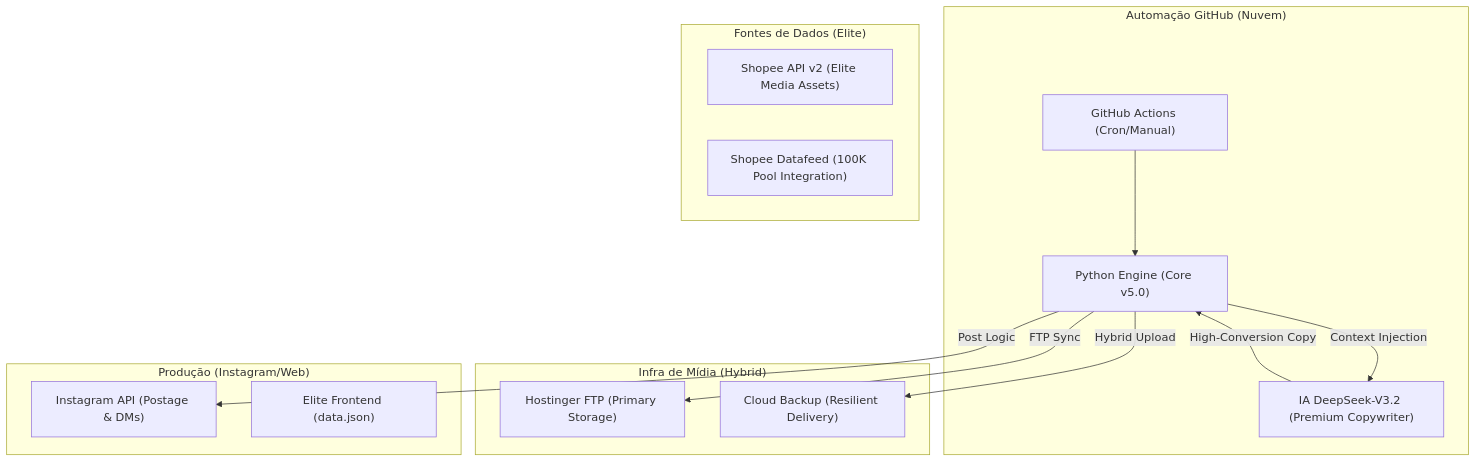
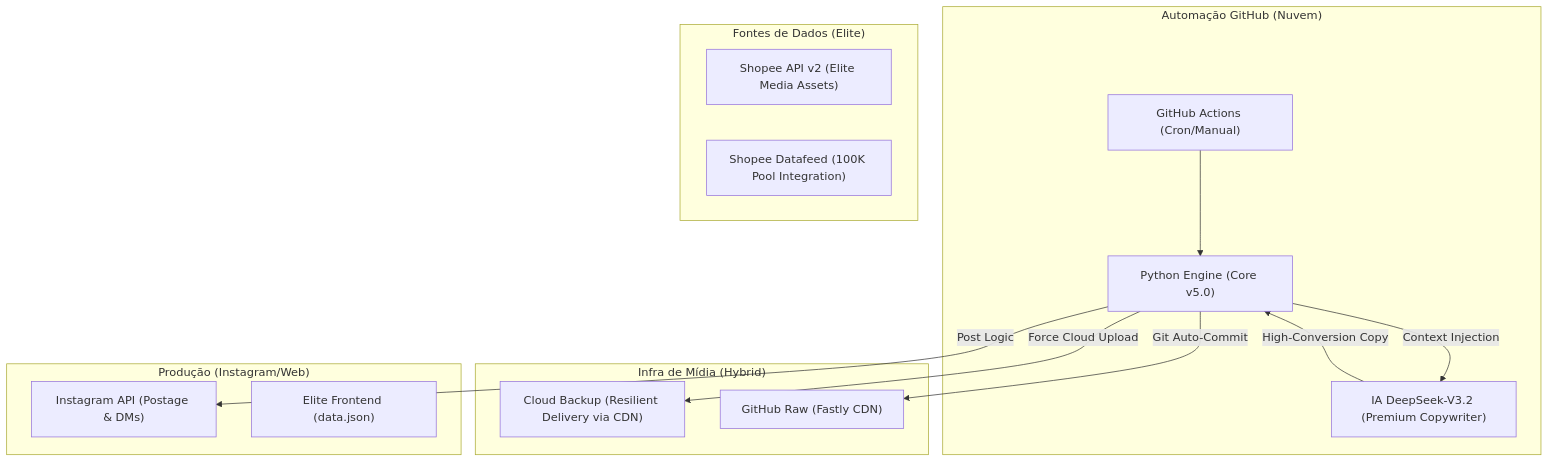
One commit to EricMacedo10/Rob-Titanium changed the diagram in docs/TITANIUM_BRAIN/00_SYSTEM_ARCHITECTURE.md. Above: the diagram before and after it, drawn with Mermaid. The commit also changed other lines of this file and 3 other files, not shown here.

Commit message:
docs: atualiza documentação refletindo a extinção do FTP para o ofertas.json em prol do GitHub Raw CDN

````diff
--- a/docs/TITANIUM_BRAIN/00_SYSTEM_ARCHITECTURE.md
+++ b/docs/TITANIUM_BRAIN/00_SYSTEM_ARCHITECTURE.md
@@ -26,30 +26,30 @@
 ```mermaid
 graph TD
     subgraph "Automação GitHub (Nuvem)"
         ACTION["GitHub Actions (Cron/Manual)"]
         PYTHON["Python Engine (Core v5.0)"]
         AI["IA DeepSeek-V3.2 (Premium Copywriter)"]
     end
 
     subgraph "Fontes de Dados (Elite)"
         SHP["Shopee API v2 (Elite Media Assets)"]
         FEED["Shopee Datafeed (100K Pool Integration)"]
     end
 
     subgraph "Infra de Mídia (Hybrid)"
-        HOST["Hostinger FTP (Primary Storage)"]
-        CLOUD["Cloud Backup (Resilient Delivery)"]
+        CLOUD["Cloud Backup (Resilient Delivery via CDN)"]
+        GITHUB["GitHub Raw (Fastly CDN)"]
     end
 
     subgraph "Produção (Instagram/Web)"
         INSTA["Instagram API (Postage & DMs)"]
         SITE["Elite Frontend (data.json)"]
     end
 
     ACTION --> PYTHON
     PYTHON -- "Context Injection" --> AI
     AI -- "High-Conversion Copy" --> PYTHON
-    PYTHON -- "FTP Sync" --> HOST
-    PYTHON -- "Hybrid Upload" --> CLOUD
+    PYTHON -- "Git Auto-Commit" --> GITHUB
+    PYTHON -- "Force Cloud Upload" --> CLOUD
     PYTHON -- "Post Logic" --> INSTA
 ```
````
